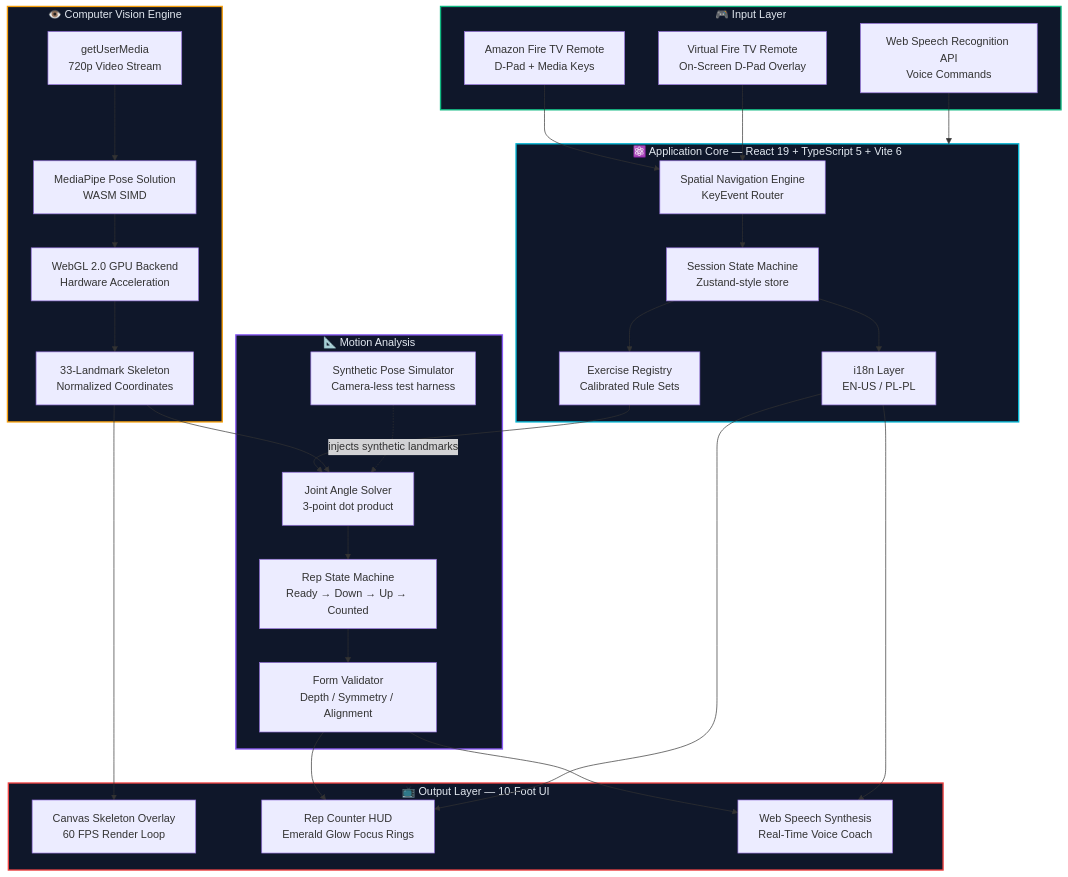
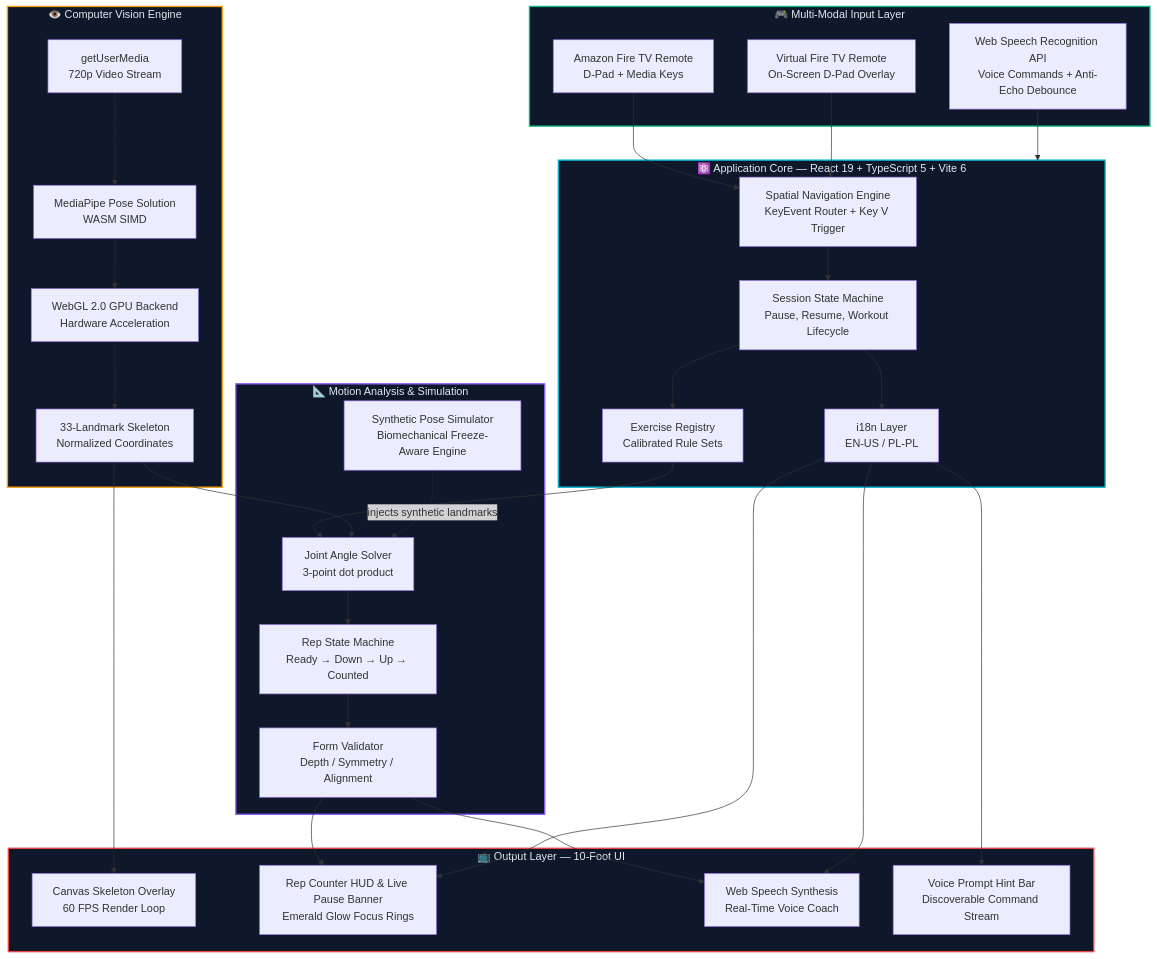
One commit to AdamBabinicz/pulsemotion-firetv changed the first of 4 diagrams in README.md. Above: the diagram before and after it, drawn with Mermaid. The commit also changed other lines of this file and 10 other files, not shown here.

First line of the commit message:
feat(voice-tv): add multi-modal voice freeze, debounce filter & comprehensive Fire TV docs

````diff
--- a/README.md
+++ b/README.md
@@ -173,57 +172,59 @@
 ```mermaid
 flowchart TD
-    subgraph INPUT["🎮 Input Layer"]
+    subgraph INPUT["🎮 Multi-Modal Input Layer"]
         A1["Amazon Fire TV Remote<br/>D-Pad + Media Keys"]
-        A2["Web Speech Recognition API<br/>Voice Commands"]
+        A2["Web Speech Recognition API<br/>Voice Commands + Anti-Echo Debounce"]
         A3["Virtual Fire TV Remote<br/>On-Screen D-Pad Overlay"]
     end
 
     subgraph CORE["⚛️ Application Core — React 19 + TypeScript 5 + Vite 6"]
-        B1["Spatial Navigation Engine<br/>KeyEvent Router"]
-        B2["Session State Machine<br/>Zustand-style store"]
+        B1["Spatial Navigation Engine<br/>KeyEvent Router + Key V Trigger"]
+        B2["Session State Machine<br/>Pause, Resume, Workout Lifecycle"]
         B3["i18n Layer<br/>EN-US / PL-PL"]
         B4["Exercise Registry<br/>Calibrated Rule Sets"]
     end
 
     subgraph VISION["👁️ Computer Vision Engine"]
         C1["getUserMedia<br/>720p Video Stream"]
         C2["MediaPipe Pose Solution<br/>WASM SIMD"]
         C3["WebGL 2.0 GPU Backend<br/>Hardware Acceleration"]
         C4["33-Landmark Skeleton<br/>Normalized Coordinates"]
     end
 
-    subgraph RULES["📐 Motion Analysis"]
+    subgraph RULES["📐 Motion Analysis & Simulation"]
         D1["Joint Angle Solver<br/>3-point dot product"]
         D2["Rep State Machine<br/>Ready → Down → Up → Counted"]
         D3["Form Validator<br/>Depth / Symmetry / Alignment"]
-        D4["Synthetic Pose Simulator<br/>Camera-less test harness"]
+        D4["Synthetic Pose Simulator<br/>Biomechanical Freeze-Aware Engine"]
     end
 
     subgraph OUTPUT["📺 Output Layer — 10-Foot UI"]
         E1["Canvas Skeleton Overlay<br/>60 FPS Render Loop"]
-        E2["Rep Counter HUD<br/>Emerald Glow Focus Rings"]
+        E2["Rep Counter HUD & Live Pause Banner<br/>Emerald Glow Focus Rings"]
         E3["Web Speech Synthesis<br/>Real-Time Voice Coach"]
+        E4["Voice Prompt Hint Bar<br/>Discoverable Command Stream"]
     end
 
     A1 --> B1
     A3 --> B1
     A2 --> CORE
     B1 --> B2
     B2 --> B4
     B2 --> B3
     B4 --> D1
     C1 --> C2 --> C3 --> C4 --> D1
     D4 -.->|injects synthetic landmarks| D1
     D1 --> D2 --> D3
     D3 --> E2
     D3 --> E3
     C4 --> E1
     B3 --> E2
     B3 --> E3
+    B3 --> E4
 
     style INPUT fill:#0f172a,stroke:#10b981,stroke-width:2px,color:#e2e8f0
     style CORE fill:#0f172a,stroke:#06b6d4,stroke-width:2px,color:#e2e8f0
     style VISION fill:#0f172a,stroke:#f59e0b,stroke-width:2px,color:#e2e8f0
     style RULES fill:#0f172a,stroke:#8b5cf6,stroke-width:2px,color:#e2e8f0
     style OUTPUT fill:#0f172a,stroke:#ef4444,stroke-width:2px,color:#e2e8f0
 ```
````
